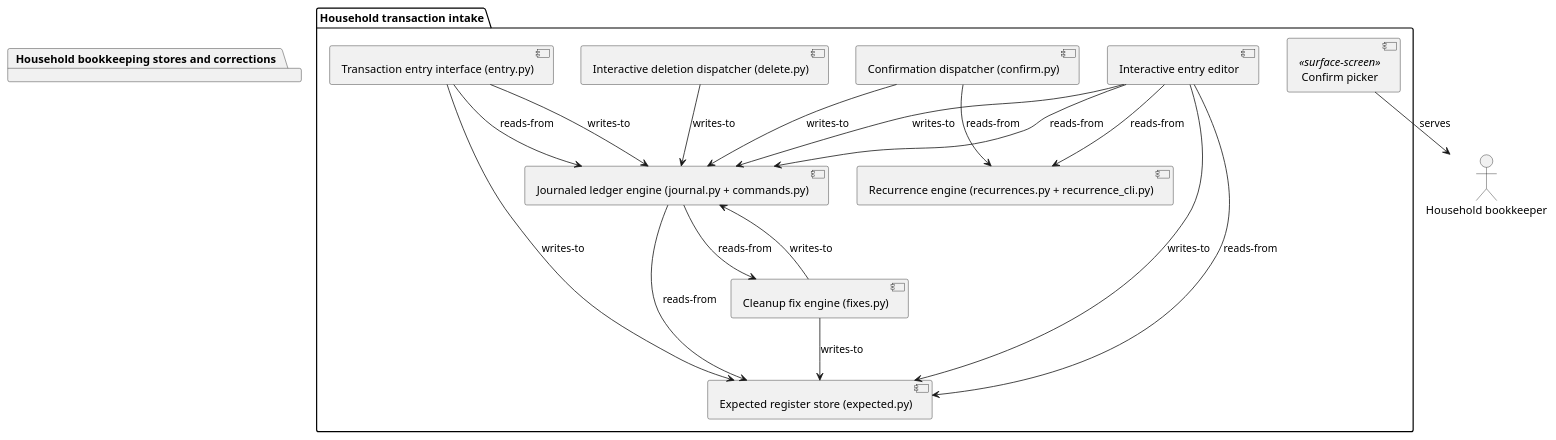
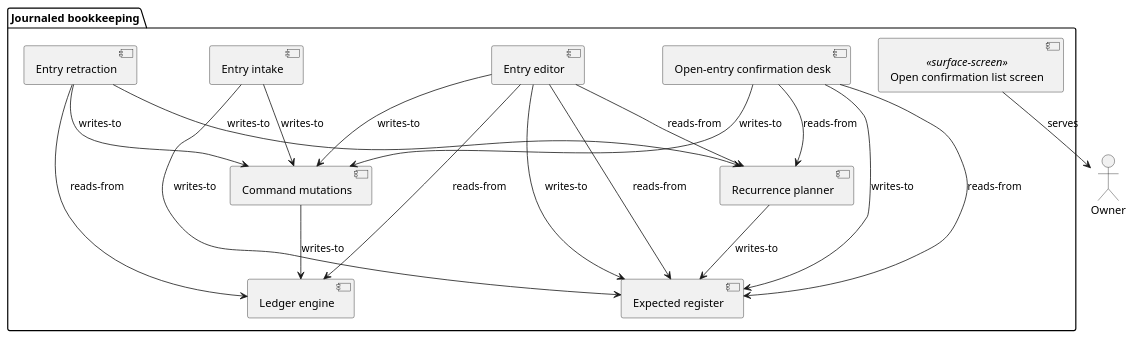
Before and after one commit to archiku-org/website: the diagram in case-study/financials/assets/component-model.puml, drawn with PlantUML. The commit also changed 1468 other files, not shown here.

```diff
--- a/case-study/financials/assets/component-model.puml
+++ b/case-study/financials/assets/component-model.puml
@@ -1,41 +1,42 @@
 @startuml
 ' Component model of vault project 'financials' — PlantUML source.
-' Components: 8 · Screens: 1 · Relations drawn: 16 of 16
+' Components: 8 · Screens: 1 · Relations drawn: 17 of 20
+' skipped (not drawn): component-relation/intake-and-editor-read-approved-categories-from-configuration (no from/to links — not drawable)
+' skipped (not drawn): component-relation/confirmation-desk-resolves-groups-for-the-open-backlog (no from/to links — not drawable)
+' skipped (not drawn): component-relation/editor-and-retraction-desk-read-posted-rows-from-the-journal (no from/to links — not drawable)
 
-package "Household transaction intake" {
-  [Transaction entry interface (entry.py)]
-  [Confirmation dispatcher (confirm.py)]
-  [Interactive entry editor]
-  [Recurrence engine (recurrences.py + recurrence_cli.py)]
-  [Interactive deletion dispatcher (delete.py)]
-  [Journaled ledger engine (journal.py + commands.py)]
-  [Expected register store (expected.py)]
-  [Cleanup fix engine (fixes.py)]
-  [Confirm picker] <<surface-screen>>
-}
-package "Household bookkeeping stores and corrections" {
-  ' no components
+package "Journaled bookkeeping" {
+  [Ledger engine]
+  [Command mutations]
+  [Entry intake]
+  [Expected register]
+  [Open-entry confirmation desk]
+  [Entry retraction]
+  [Recurrence planner]
+  [Entry editor]
+  [Open confirmation list screen] <<surface-screen>>
 }
 
 ' Actors served by the component/screen world
-:Household bookkeeper:
+:Owner:
 
 ' Component relations (from --> to : edge_type)
-[Transaction entry interface (entry.py)] --> [Expected register store (expected.py)] : writes-to
-[Transaction entry interface (entry.py)] --> [Journaled ledger engine (journal.py + commands.py)] : writes-to
-[Transaction entry interface (entry.py)] --> [Journaled ledger engine (journal.py + commands.py)] : reads-from
-[Confirmation dispatcher (confirm.py)] --> [Journaled ledger engine (journal.py + commands.py)] : writes-to
-[Interactive entry editor] --> [Journaled ledger engine (journal.py + commands.py)] : writes-to
-[Interactive entry editor] --> [Journaled ledger engine (journal.py + commands.py)] : reads-from
-[Interactive entry editor] --> [Expected register store (expected.py)] : writes-to
-[Interactive entry editor] --> [Expected register store (expected.py)] : reads-from
-[Interactive entry editor] --> [Recurrence engine (recurrences.py + recurrence_cli.py)] : reads-from
-[Confirmation dispatcher (confirm.py)] --> [Recurrence engine (recurrences.py + recurrence_cli.py)] : reads-from
-[Journaled ledger engine (journal.py + commands.py)] --> [Cleanup fix engine (fixes.py)] : reads-from
-[Journaled ledger engine (journal.py + commands.py)] --> [Expected register store (expected.py)] : reads-from
-[Cleanup fix engine (fixes.py)] --> [Journaled ledger engine (journal.py + commands.py)] : writes-to
-[Cleanup fix engine (fixes.py)] --> [Expected register store (expected.py)] : writes-to
-[Interactive deletion dispatcher (delete.py)] --> [Journaled ledger engine (journal.py + commands.py)] : writes-to
-[Confirm picker] --> :Household bookkeeper: : serves
+[Entry intake] --> [Command mutations] : writes-to
+[Command mutations] --> [Ledger engine] : writes-to
+[Entry intake] --> [Expected register] : writes-to
+[Open-entry confirmation desk] --> [Command mutations] : writes-to
+[Open-entry confirmation desk] --> [Expected register] : reads-from
+[Open-entry confirmation desk] --> [Expected register] : writes-to
+[Open-entry confirmation desk] --> [Recurrence planner] : reads-from
+[Entry editor] --> [Command mutations] : writes-to
+[Entry editor] --> [Ledger engine] : reads-from
+[Entry retraction] --> [Ledger engine] : reads-from
+[Entry editor] --> [Expected register] : reads-from
+[Entry editor] --> [Expected register] : writes-to
+[Entry editor] --> [Recurrence planner] : reads-from
+[Entry retraction] --> [Recurrence planner] : writes-to
+[Entry retraction] --> [Command mutations] : writes-to
+[Recurrence planner] --> [Expected register] : writes-to
+[Open confirmation list screen] --> :Owner: : serves
 
 @enduml
```
